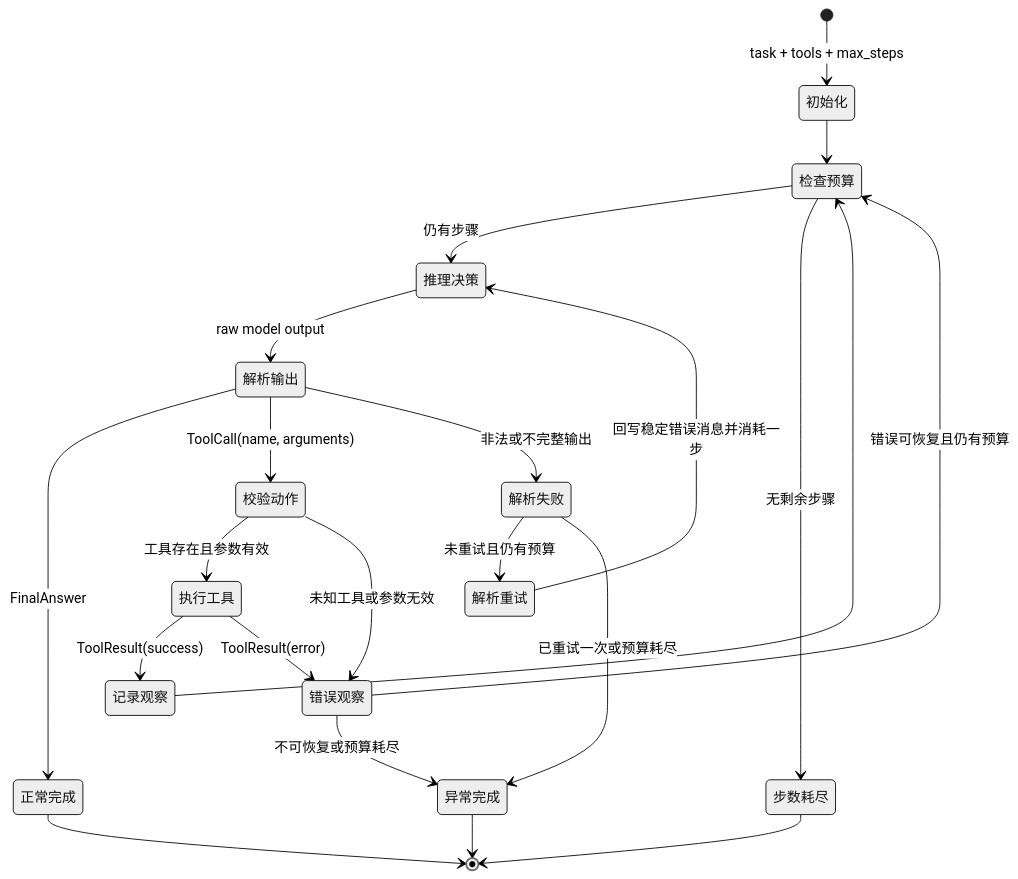
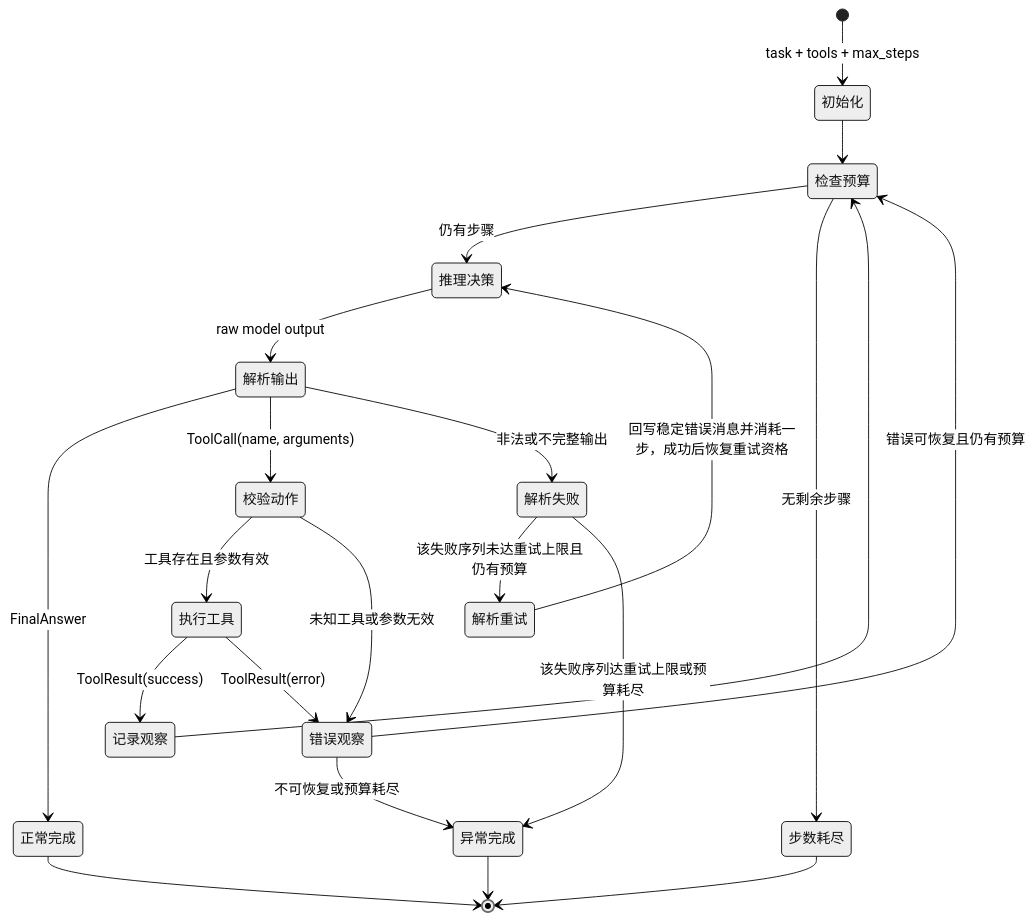
Before and after one commit to fufufu11/Self-ReAct: the diagram in docs/architecture/react-loop.md, drawn with Mermaid (neutral theme). The commit also changed 5 other files, not shown here.

````diff
--- a/docs/architecture/react-loop.md
+++ b/docs/architecture/react-loop.md
@@ -37,29 +37,29 @@
 ```mermaid
 stateDiagram-v2
     [*] --> 初始化: task + tools + max_steps
     初始化 --> 检查预算
 
     检查预算 --> 推理决策: 仍有步骤
     检查预算 --> 步数耗尽: 无剩余步骤
 
     推理决策 --> 解析输出: raw model output
     解析输出 --> 正常完成: FinalAnswer
     解析输出 --> 校验动作: ToolCall(name, arguments)
     解析输出 --> 解析失败: 非法或不完整输出
 
     校验动作 --> 执行工具: 工具存在且参数有效
     校验动作 --> 错误观察: 未知工具或参数无效
     执行工具 --> 记录观察: ToolResult(success)
     执行工具 --> 错误观察: ToolResult(error)
 
     记录观察 --> 检查预算
     错误观察 --> 检查预算: 错误可恢复且仍有预算
     错误观察 --> 异常完成: 不可恢复或预算耗尽
-    解析失败 --> 解析重试: 未重试且仍有预算
-    解析失败 --> 异常完成: 已重试一次或预算耗尽
-    解析重试 --> 推理决策: 回写稳定错误消息并消耗一步
+    解析失败 --> 解析重试: 该失败序列未达重试上限且仍有预算
+    解析失败 --> 异常完成: 该失败序列达重试上限或预算耗尽
+    解析重试 --> 推理决策: 回写稳定错误消息并消耗一步，成功后恢复重试资格
 
     正常完成 --> [*]
     步数耗尽 --> [*]
     异常完成 --> [*]
 ```
````
